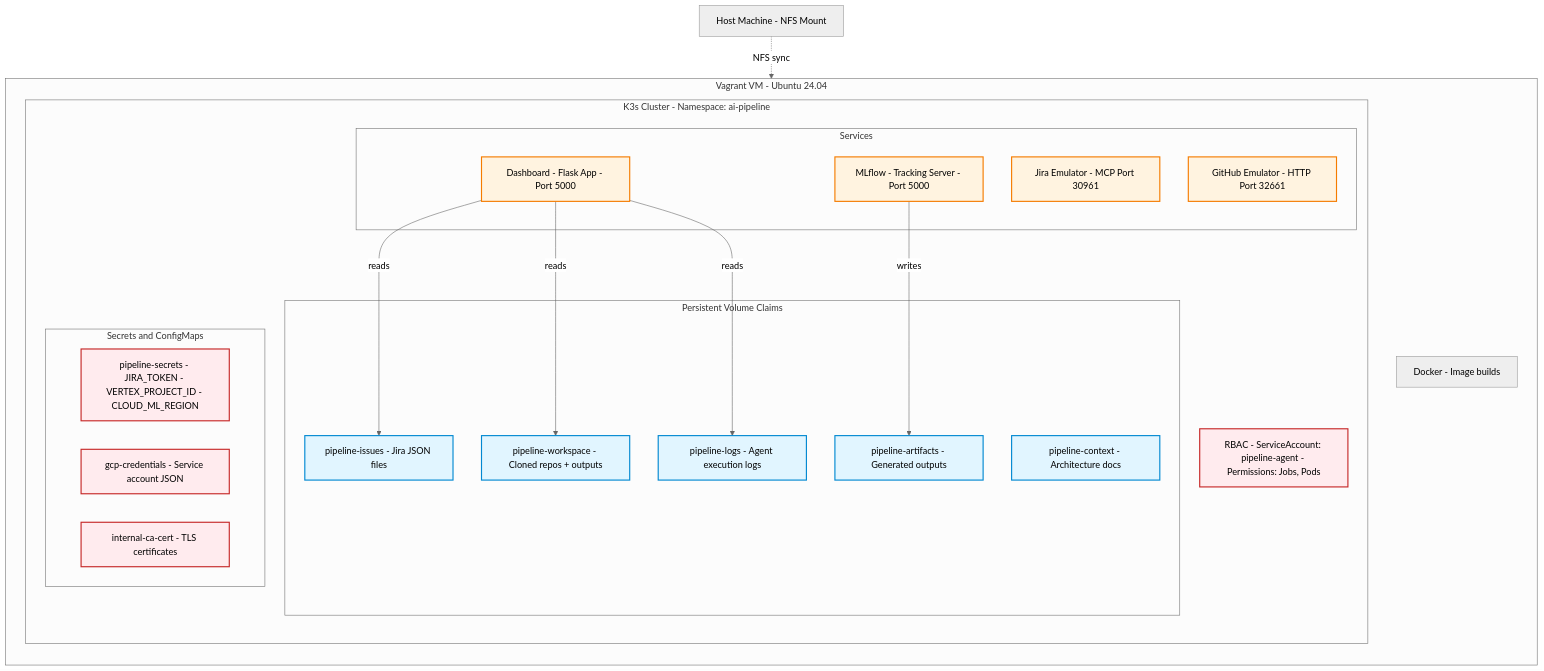
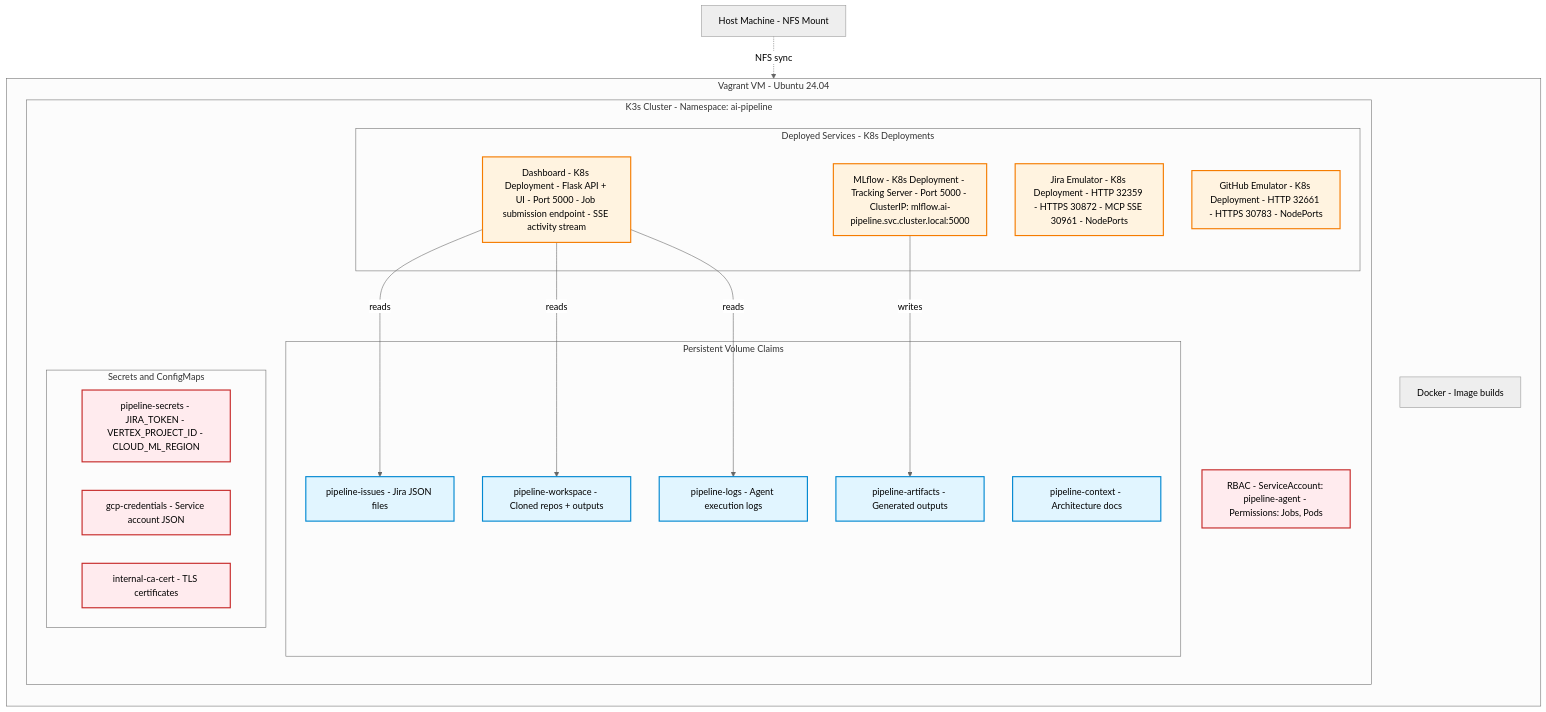
One commit to jctanner/ai-first-pipeline changed the diagram in docs/architecture-infrastructure.mmd. Above: the diagram before and after it, drawn with Mermaid (neutral theme). The commit also changed 3 other files, not shown here.

First line of the commit message:
Update architecture diagrams to reflect web-based job submission workflow

```diff
--- a/docs/architecture-infrastructure.mmd
+++ b/docs/architecture-infrastructure.mmd
@@ -1,51 +1,51 @@
 graph TB
     Host["Host Machine - NFS Mount"]
 
     subgraph VM["Vagrant VM - Ubuntu 24.04"]
         direction TB
 
         subgraph K3s["K3s Cluster - Namespace: ai-pipeline"]
             direction TB
 
-            subgraph Services["Services"]
-                Dashboard["Dashboard - Flask App - Port 5000"]
-                MLflow["MLflow - Tracking Server - Port 5000"]
-                JiraEmu["Jira Emulator - MCP Port 30961"]
-                GitHubEmu["GitHub Emulator - HTTP Port 32661"]
+            subgraph Services["Deployed Services - K8s Deployments"]
+                Dashboard["Dashboard - K8s Deployment - Flask API + UI - Port 5000 - Job submission endpoint - SSE activity stream"]
+                MLflow["MLflow - K8s Deployment - Tracking Server - Port 5000 - ClusterIP: mlflow.ai-pipeline.svc.cluster.local:5000"]
+                JiraEmu["Jira Emulator - K8s Deployment - HTTP 32359 - HTTPS 30872 - MCP SSE 30961 - NodePorts"]
+                GitHubEmu["GitHub Emulator - K8s Deployment - HTTP 32661 - HTTPS 30783 - NodePorts"]
             end
 
             subgraph Storage["Persistent Volume Claims"]
                 IssuesPVC["pipeline-issues - Jira JSON files"]
                 WorkspacePVC["pipeline-workspace - Cloned repos + outputs"]
                 LogsPVC["pipeline-logs - Agent execution logs"]
                 ArtifactsPVC["pipeline-artifacts - Generated outputs"]
                 ContextPVC["pipeline-context - Architecture docs"]
             end
 
             subgraph Security["Secrets and ConfigMaps"]
                 PipelineSecrets["pipeline-secrets - JIRA_TOKEN - VERTEX_PROJECT_ID - CLOUD_ML_REGION"]
                 GCPCreds["gcp-credentials - Service account JSON"]
                 CACert["internal-ca-cert - TLS certificates"]
             end
 
             RBAC["RBAC - ServiceAccount: pipeline-agent - Permissions: Jobs, Pods"]
         end
 
         Docker["Docker - Image builds"]
     end
 
     Host -.->|NFS sync| Storage
 
     Dashboard -->|reads| IssuesPVC
     Dashboard -->|reads| WorkspacePVC
     Dashboard -->|reads| LogsPVC
 
     MLflow -->|writes| ArtifactsPVC
 
     classDef storage fill:#e1f5ff,stroke:#0288d1,stroke-width:2px
     classDef service fill:#fff3e0,stroke:#f57c00,stroke-width:2px
     classDef security fill:#ffebee,stroke:#c62828,stroke-width:2px
 
     class IssuesPVC,WorkspacePVC,LogsPVC,ArtifactsPVC,ContextPVC storage
     class Dashboard,MLflow,JiraEmu,GitHubEmu service
     class PipelineSecrets,GCPCreds,CACert,RBAC security
```
